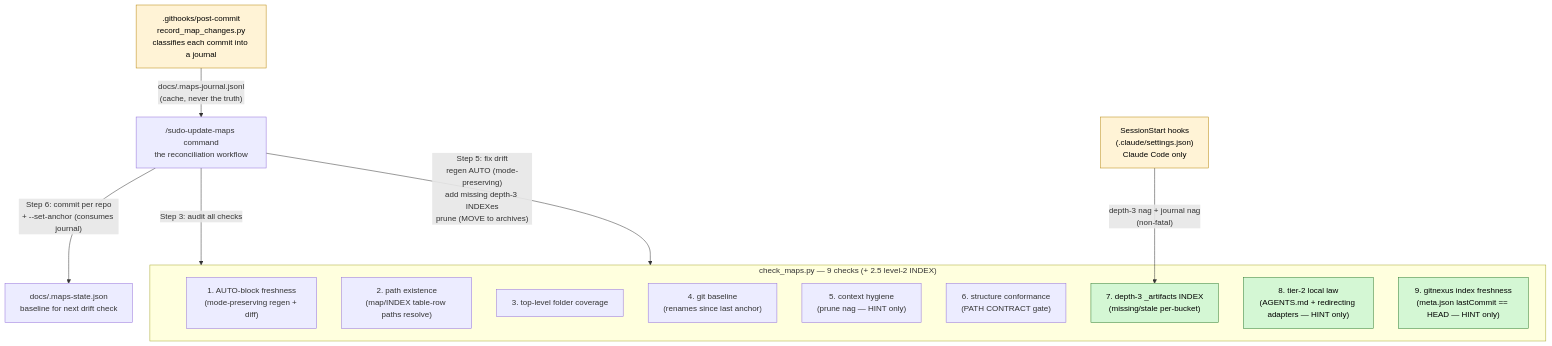
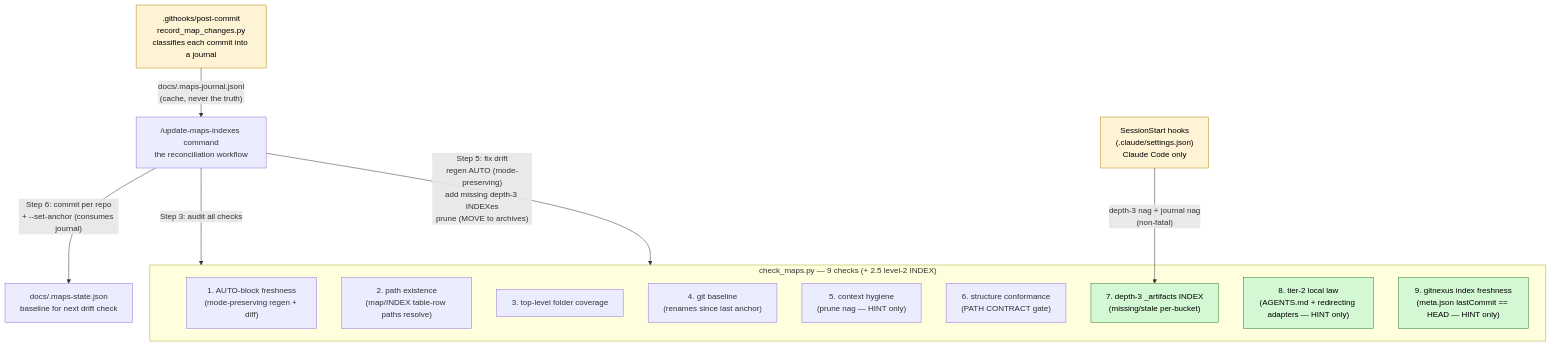
The fifth of 6 diagrams in _my_resources/diagrams_guides/system/file_folder_structure+maintaining.md (sudomadhatter/Sudo_Hatter_Command), drawn with Mermaid before and after one commit. The commit also changed other lines of this file and 32 other files, not shown here.

Commit message:
feat: initialize Sudo Hatter Command center with modular agent tooling, documentation graph, and synchronization utilities.

````diff
--- a/_my_resources/diagrams_guides/system/file_folder_structure+maintaining.md
+++ b/_my_resources/diagrams_guides/system/file_folder_structure+maintaining.md
@@ -183,30 +183,30 @@
 ```mermaid
 flowchart TD
     subgraph LINTER ["check_maps.py — 9 checks (+ 2.5 level-2 INDEX)"]
         C1["1. AUTO-block freshness\n(mode-preserving regen + diff)"]
         C2["2. path existence\n(map/INDEX table-row paths resolve)"]
         C3["3. top-level folder coverage"]
         C4["4. git baseline\n(renames since last anchor)"]
         C5["5. context hygiene\n(prune nag — HINT only)"]
         C6["6. structure conformance\n(PATH CONTRACT gate)"]
         C7["7. depth-3 _artifacts INDEX\n(missing/stale per-bucket)"]
         C8["8. tier-2 local law\n(AGENTS.md + redirecting adapters — HINT only)"]
         C9["9. gitnexus index freshness\n(meta.json lastCommit == HEAD — HINT only)"]
     end
 
     REC[".githooks/post-commit\nrecord_map_changes.py\nclassifies each commit into a journal"]
     REC -->|"docs/.maps-journal.jsonl\n(cache, never the truth)"| WORKFLOW
 
     HOOK["SessionStart hooks\n(.claude/settings.json)\nClaude Code only"]
     HOOK -->|"depth-3 nag + journal nag\n(non-fatal)"| C7
 
-    WORKFLOW["/sudo-update-maps command\nthe reconciliation workflow"]
+    WORKFLOW["/update-maps-indexes command\nthe reconciliation workflow"]
     WORKFLOW -->|"Step 3: audit all checks"| LINTER
     WORKFLOW -->|"Step 5: fix drift\nregen AUTO (mode-preserving)\nadd missing depth-3 INDEXes\nprune (MOVE to archives)"| LINTER
     WORKFLOW -->|"Step 6: commit per repo\n+ --set-anchor (consumes journal)"| ANCHOR["docs/.maps-state.json\nbaseline for next drift check"]
 
     classDef hook fill:#fff3d6,stroke:#b8860b,color:#000
     classDef depth3 fill:#d4f7d4,stroke:#2e7d32,color:#000
     class HOOK,REC hook
     class C7,C8,C9 depth3
 ```
````
